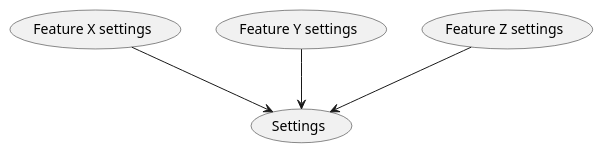
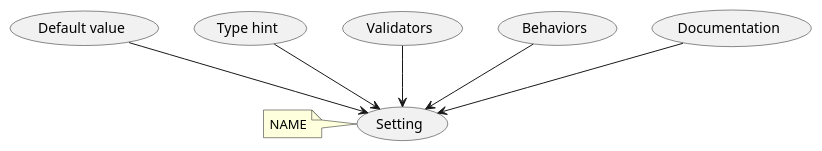
Before and after one commit to BasicWolf/archived-concrete-settings: the diagram in docs/advanced.rst, drawn with PlantUML. The commit also changed other lines of this file and 3 other files, not shown here.

```diff
--- a/docs/advanced.rst
+++ b/docs/advanced.rst
@@ -126,7 +38,12 @@
 .. uml::
+   :align: center
 
    @startuml
-   (Feature X settings) --> (Settings)
-   (Feature Y settings) --> (Settings)
-   (Feature Z settings) --> (Settings)
+   (Default value) --> (Setting)
+   (Type hint) --> (Setting)
+   (Validators) --> (Setting)
+   (Behaviors) --> (Setting)
+   (Documentation) --> (Setting)
+
+   note left of (Setting) : NAME
    @enduml
```
